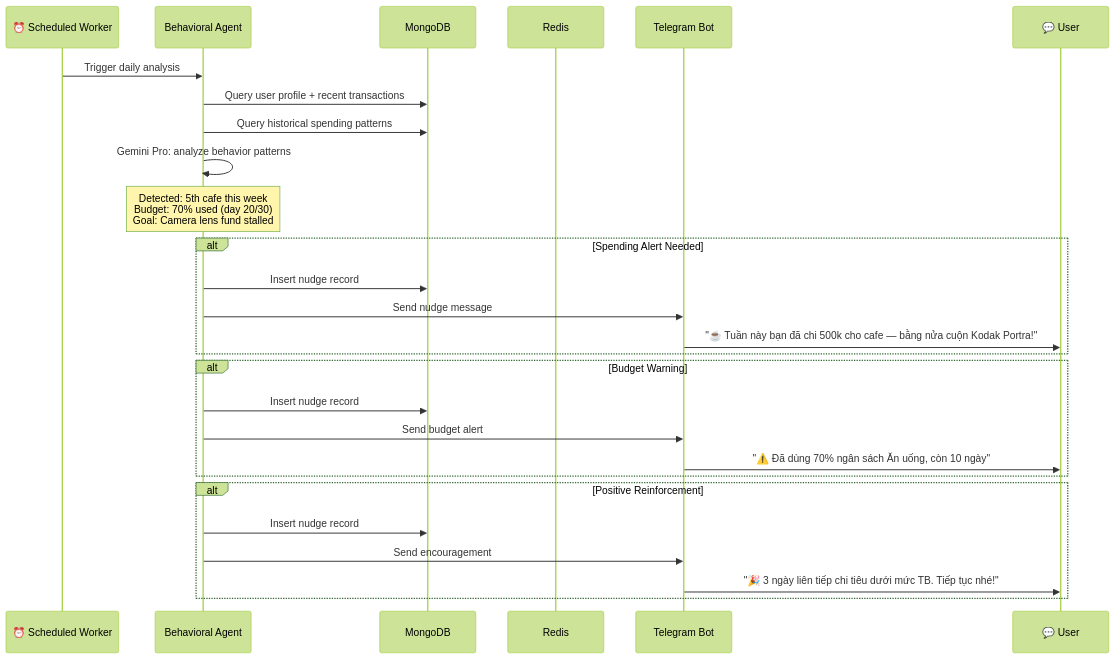
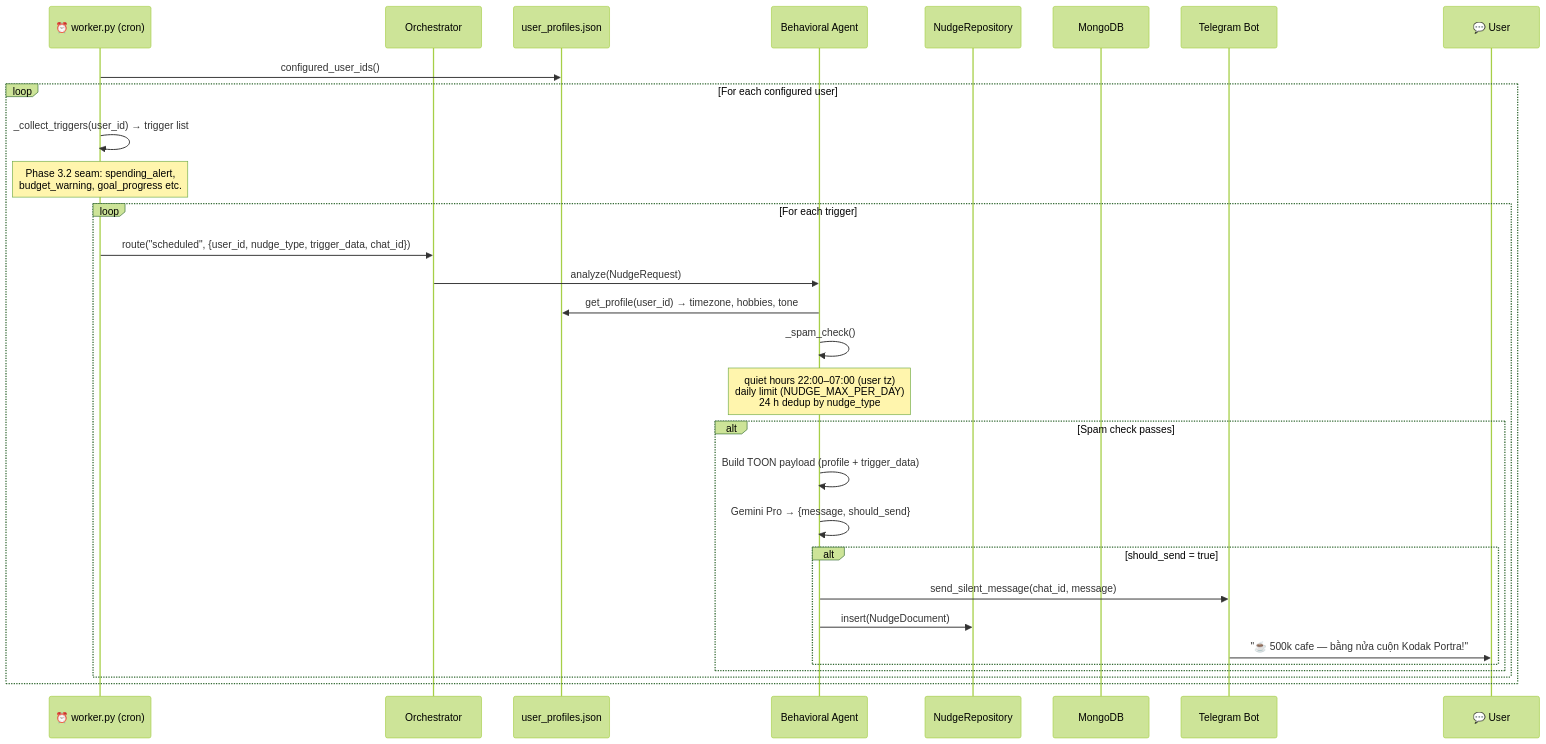
Before and after one commit to nqhuy44/chiwi: the fourth of 14 diagrams in docs/FLOWS.md, drawn with Mermaid (forest theme). The commit also changed other lines of this file and 30 other files, not shown here.

````diff
--- a/docs/FLOWS.md
+++ b/docs/FLOWS.md
@@ -94,33 +97,33 @@
 ```mermaid
 sequenceDiagram
-    participant Cron as ⏰ Scheduled Worker
+    participant Cron as ⏰ worker.py (cron)
+    participant Orch as Orchestrator
+    participant Profiles as user_profiles.json
     participant BA as Behavioral Agent
+    participant NudgeRepo as NudgeRepository
     participant Mongo as MongoDB
-    participant Redis as Redis
     participant TG as Telegram Bot
     participant User as 💬 User
 
-    Cron->>BA: Trigger daily analysis
-    BA->>Mongo: Query user profile + recent transactions
-    BA->>Mongo: Query historical spending patterns
-    BA->>BA: Gemini Pro: analyze behavior patterns
-    Note over BA: Detected: 5th cafe this week<br/>Budget: 70% used (day 20/30)<br/>Goal: Camera lens fund stalled
-
-    alt Spending Alert Needed
-        BA->>Mongo: Insert nudge record
-        BA->>TG: Send nudge message
-        TG->>User: "☕ Tuần này bạn đã chi 500k cho cafe — bằng nửa cuộn Kodak Portra!"
-    end
-
-    alt Budget Warning
-        BA->>Mongo: Insert nudge record
-        BA->>TG: Send budget alert
-        TG->>User: "⚠️ Đã dùng 70% ngân sách Ăn uống, còn 10 ngày"
-    end
-
-    alt Positive Reinforcement
-        BA->>Mongo: Insert nudge record
-        BA->>TG: Send encouragement
-        TG->>User: "🎉 3 ngày liên tiếp chi tiêu dưới mức TB. Tiếp tục nhé!"
+    Cron->>Profiles: configured_user_ids()
+    loop For each configured user
+        Cron->>Cron: _collect_triggers(user_id) → trigger list
+        Note over Cron: Phase 3.2 seam: spending_alert,<br/>budget_warning, goal_progress etc.
+        loop For each trigger
+            Cron->>Orch: route("scheduled", {user_id, nudge_type, trigger_data, chat_id})
+            Orch->>BA: analyze(NudgeRequest)
+            BA->>Profiles: get_profile(user_id) → timezone, hobbies, tone
+            BA->>BA: _spam_check()
+            Note over BA: quiet hours 22:00–07:00 (user tz)<br/>daily limit (NUDGE_MAX_PER_DAY)<br/>24 h dedup by nudge_type
+            alt Spam check passes
+                BA->>BA: Build TOON payload (profile + trigger_data)
+                BA->>BA: Gemini Pro → {message, should_send}
+                alt should_send = true
+                    BA->>TG: send_silent_message(chat_id, message)
+                    BA->>NudgeRepo: insert(NudgeDocument)
+                    TG->>User: "☕ 500k cafe — bằng nửa cuộn Kodak Portra!"
+                end
+            end
+        end
     end
 ```
````
